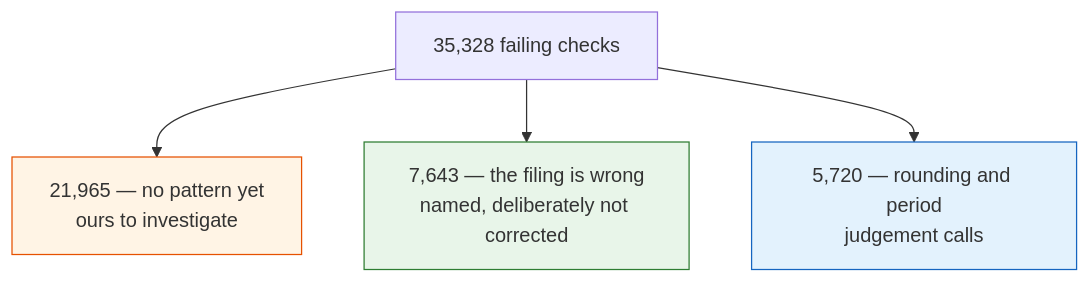
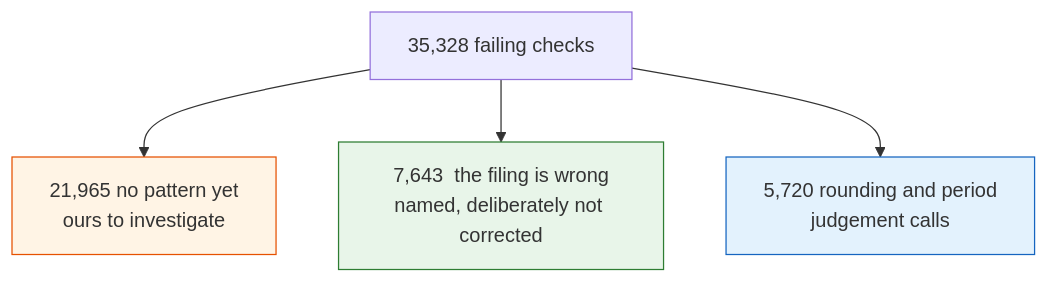
The second of 2 diagrams in docs/what-to-double-check.md (g784dwcd2r-crypto/H), drawn with Mermaid before and after one commit. The commit also changed other lines of this file, not shown here.

````diff
--- a/docs/what-to-double-check.md
+++ b/docs/what-to-double-check.md
@@ -188,9 +188,9 @@
 ```mermaid
 flowchart TD
-    ALL["35,328 failing checks"] --> OURS["21,965 — no pattern yet<br/>ours to investigate"]
-    ALL --> THEIRS["7,643 — the filing is wrong<br/>named, deliberately not corrected"]
-    ALL --> TOL["5,720 — rounding and period<br/>judgement calls"]
+    ALL["35,328 failing checks"] --> OURS["21,965  no pattern yet<br/>ours to investigate"]
+    ALL --> THEIRS["7,643  the filing is wrong<br/>named, deliberately not corrected"]
+    ALL --> TOL["5,720  rounding and period<br/>judgement calls"]
     style OURS fill:#fff4e5,stroke:#e65100
     style THEIRS fill:#e8f5e9,stroke:#2e7d32
     style TOL fill:#e3f2fd,stroke:#1565c0
 ```
````
